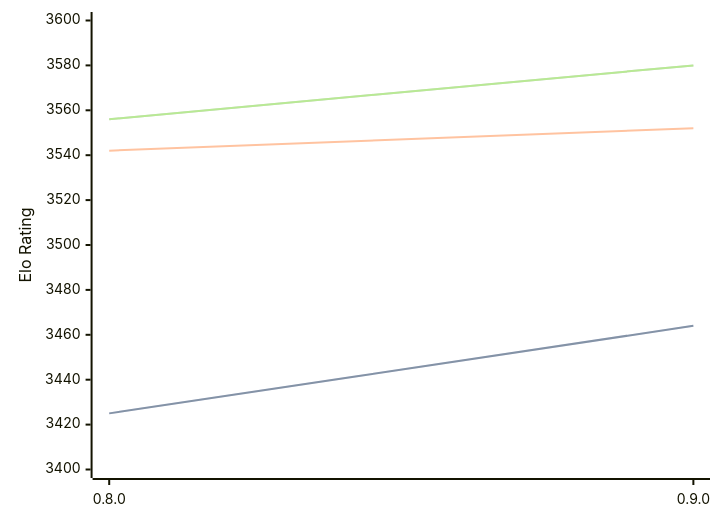
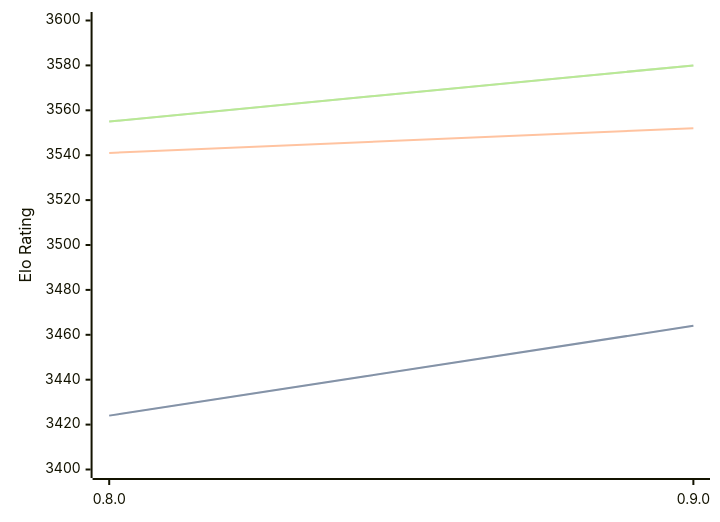
The diagram in engines/Reckless.md (computer-chess-index/cci), drawn with Mermaid before and after one commit. The commit also changed other lines of this file, not shown here.

Commit message:
Update CCI Ratings (ELO VLTC) - 2026-06-10

````diff
--- a/engines/Reckless.md
+++ b/engines/Reckless.md
@@ -39,11 +39,11 @@
 ```mermaid
 %%{init: {"theme":"base","themeVariables":{"seriesColors:['#a3a3a3','#222221','#faa371']}}}%%
 xychart-beta
   x-axis ["0.8.0", "0.9.0"]
   y-axis "Elo Rating" 3400 --> 3600
-  line "STC (8.0+0.08s)" [3425, 3464]
-  line "STC (8.0+0.08s)" [3425, 3464]
-  line "LTC (60.0+0.60s)" [3542, 3552]
-  line "VLTC (2m24s+1.12s)" [3556, 3580]
-  line "VLTC (2m24s+1.12s)" [3556, 3580]
+  line "STC (8.0+0.08s)" [3424, 3464]
+  line "STC (8.0+0.08s)" [3424, 3464]
+  line "LTC (60.0+0.60s)" [3541, 3552]
+  line "VLTC (2m24s+1.12s)" [3555, 3580]
+  line "VLTC (2m24s+1.12s)" [3555, 3580]
 ```
````
